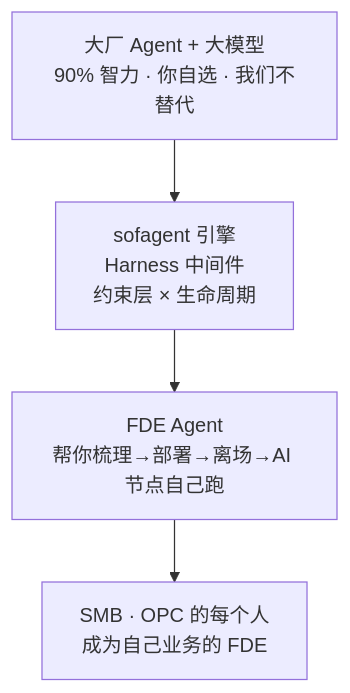
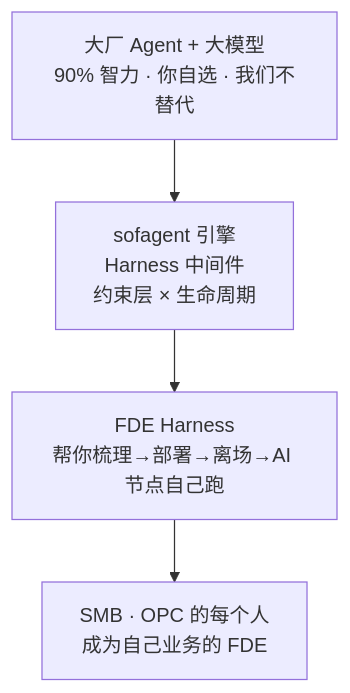
The first of 2 diagrams in FDE/GUIDE.md (KongFangXun/sofagent), drawn with Mermaid before and after one commit. The commit also changed other lines of this file and 28 other files, not shown here.

First line of the commit message:
docs(rename): 全站品牌口径升级 FDE Agent → FDE Harness + 四步图右侧裁边修复

````diff
--- a/FDE/GUIDE.md
+++ b/FDE/GUIDE.md
@@ -129,6 +129,6 @@
 ```mermaid
 graph TD
     A[大厂 Agent + 大模型<br/>90% 智力 · 你自选 · 我们不替代] --> B[sofagent 引擎<br/>Harness 中间件<br/>约束层 × 生命周期]
-    B --> C[FDE Agent<br/>帮你梳理→部署→离场→AI 节点自己跑]
+    B --> C[FDE Harness<br/>帮你梳理→部署→离场→AI 节点自己跑]
     C --> D[SMB · OPC 的每个人<br/>成为自己业务的 FDE]
 ```
````
